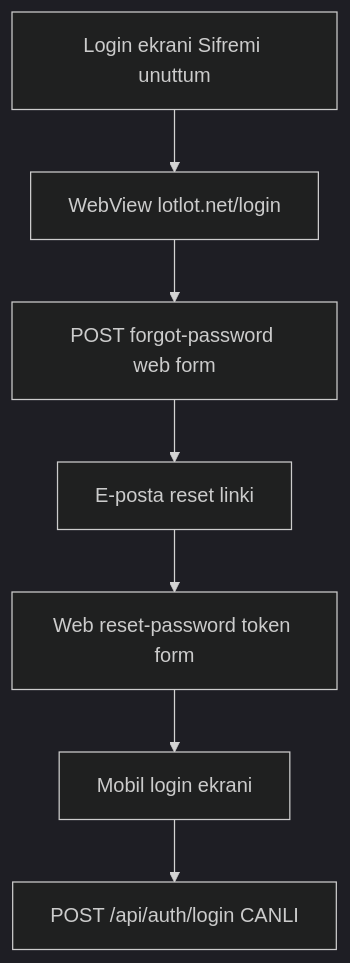
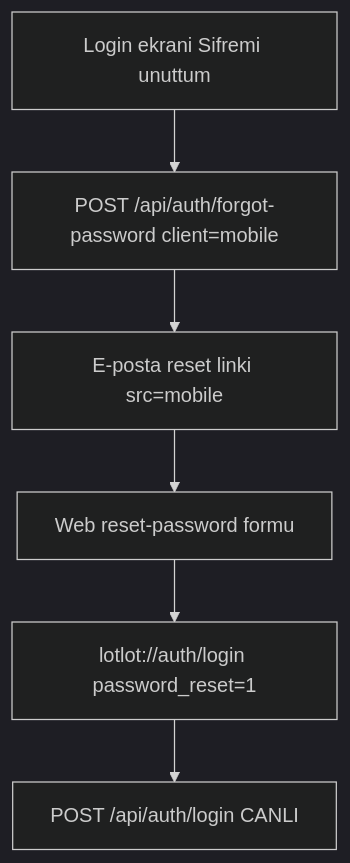
One commit to ersinarikan/bistmobile changed the sixth of 17 diagrams in docs/MOBILE_API_INTEGRATION_GUIDE.md. Above: the diagram before and after it, drawn with Mermaid (dark theme). The commit also changed other lines of this file and 19 other files, not shown here.

First line of the commit message:
Add native forgot-password flow and harden IAP restore.

````diff
--- a/docs/MOBILE_API_INTEGRATION_GUIDE.md
+++ b/docs/MOBILE_API_INTEGRATION_GUIDE.md
@@ -559,9 +590,8 @@
 ```mermaid
 flowchart TD
-  A[Login ekrani Sifremi unuttum] --> B[WebView lotlot.net/login]
-  B --> C[POST forgot-password web form]
-  C --> D[E-posta reset linki]
-  D --> E[Web reset-password token form]
-  E --> F[Mobil login ekrani]
-  F --> G["POST /api/auth/login CANLI"]
+  A[Login ekrani Sifremi unuttum] --> B["POST /api/auth/forgot-password client=mobile"]
+  B --> C[E-posta reset linki src=mobile]
+  C --> D[Web reset-password formu]
+  D --> E["lotlot://auth/login password_reset=1"]
+  E --> F["POST /api/auth/login CANLI"]
 ```
````
